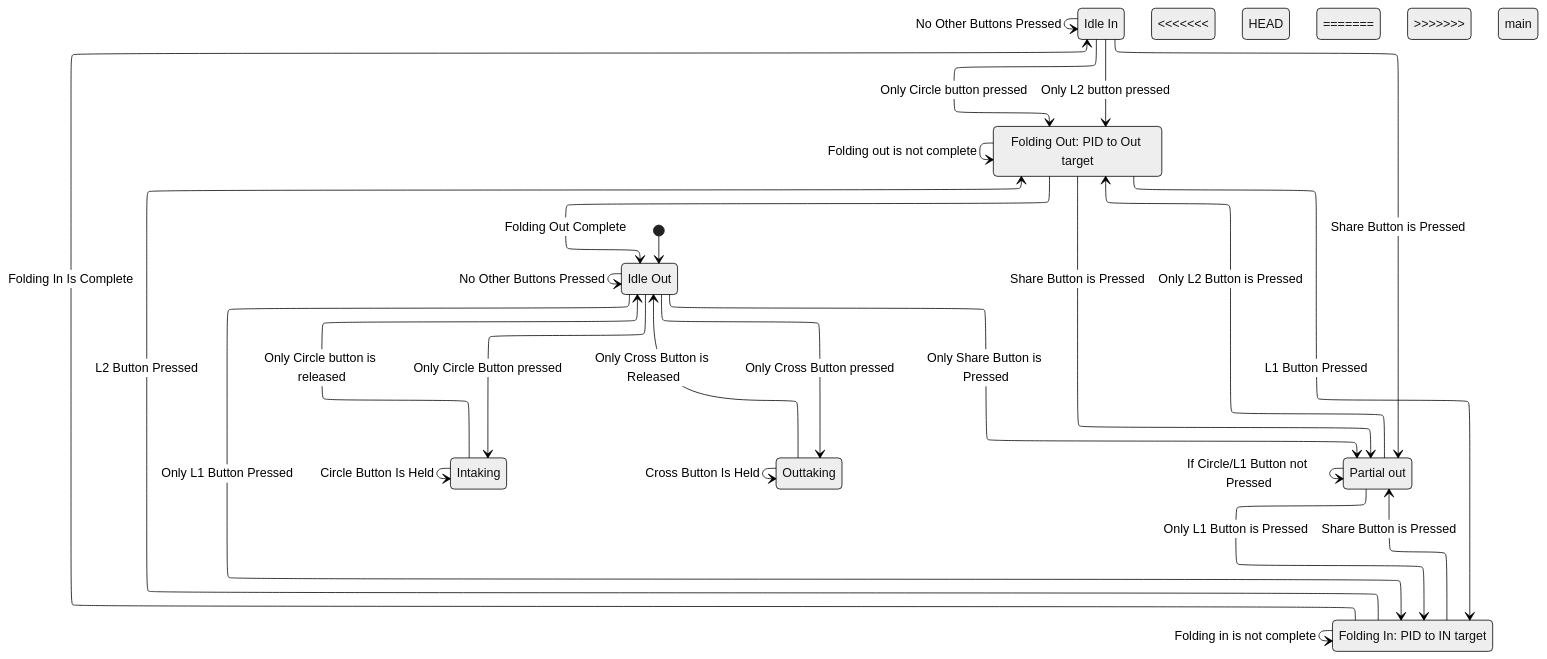
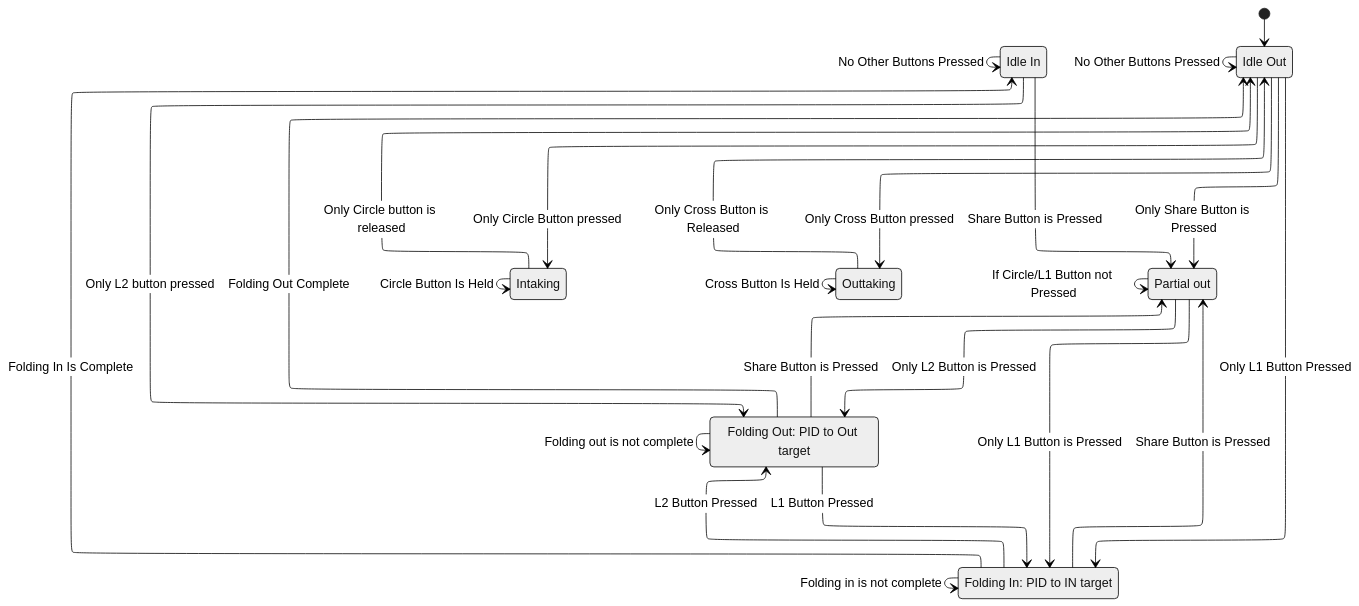
The diagram in doc/IntakeFSM.md (Tino-FRC-2473/FRC2026), drawn with Mermaid (neutral theme) before and after one commit. The commit also changed 1 other file, not shown here.

Commit message:
(fix) fix merge conflicts and checkstyle errors

````diff
--- a/doc/IntakeFSM.md
+++ b/doc/IntakeFSM.md
@@ -3,43 +3,39 @@
 ```mermaid
 ---
 config:
   layout: elk
 ---
 stateDiagram-v2
   state "Folding Out: PID to Out target" as FOLD_OUT_STATE
   state "Intaking" as INTAKE_STATE
   state "Idle In" as IDLE_IN_STATE
   state "Idle Out" as IDLE_OUT_STATE
   state "Outtaking" as OUTTAKE_STATE
   state "Partial out" as PARTIAL_OUT_STATE
   state "Folding In: PID to IN target" as FOLD_IN_STATE
 
   [*] --> IDLE_OUT_STATE 
-<<<<<<< HEAD
   IDLE_IN_STATE --> FOLD_OUT_STATE: Only L2 button pressed
-=======
-  IDLE_IN_STATE --> FOLD_OUT_STATE: Only Circle button pressed
->>>>>>> main
   FOLD_OUT_STATE --> IDLE_OUT_STATE: Folding Out Complete 
   IDLE_OUT_STATE --> INTAKE_STATE: Only Circle Button pressed
   IDLE_OUT_STATE --> OUTTAKE_STATE: Only Cross Button pressed
   INTAKE_STATE --> IDLE_OUT_STATE: Only Circle button is released
   OUTTAKE_STATE --> IDLE_OUT_STATE: Only Cross Button is Released
   IDLE_OUT_STATE --> FOLD_IN_STATE: Only L1 Button Pressed
   FOLD_IN_STATE --> IDLE_IN_STATE: Folding In Is Complete
   INTAKE_STATE --> INTAKE_STATE: Circle Button Is Held
   OUTTAKE_STATE --> OUTTAKE_STATE: Cross Button Is Held
   IDLE_OUT_STATE --> IDLE_OUT_STATE: No Other Buttons Pressed
   IDLE_IN_STATE --> IDLE_IN_STATE: No Other Buttons Pressed
   FOLD_OUT_STATE --> FOLD_OUT_STATE: Folding out is not complete
   FOLD_IN_STATE --> FOLD_IN_STATE: Folding in is not complete
   IDLE_OUT_STATE --> PARTIAL_OUT_STATE: Only Share Button is Pressed
   PARTIAL_OUT_STATE --> FOLD_IN_STATE: Only L1 Button is Pressed
   PARTIAL_OUT_STATE --> FOLD_OUT_STATE: Only L2 Button is Pressed
   PARTIAL_OUT_STATE --> PARTIAL_OUT_STATE: If Circle/L1 Button not Pressed
   IDLE_IN_STATE --> PARTIAL_OUT_STATE: Share Button is Pressed
   FOLD_IN_STATE --> PARTIAL_OUT_STATE: Share Button is Pressed
   FOLD_OUT_STATE --> PARTIAL_OUT_STATE: Share Button is Pressed
   FOLD_OUT_STATE --> FOLD_IN_STATE: L1 Button Pressed
   FOLD_IN_STATE --> FOLD_OUT_STATE: L2 Button Pressed
 ```
````
